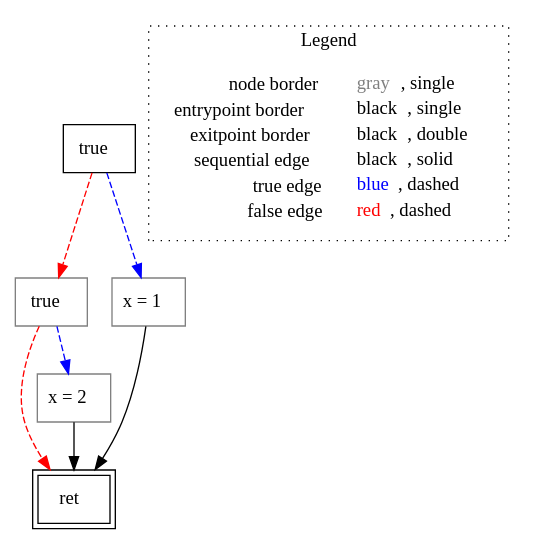
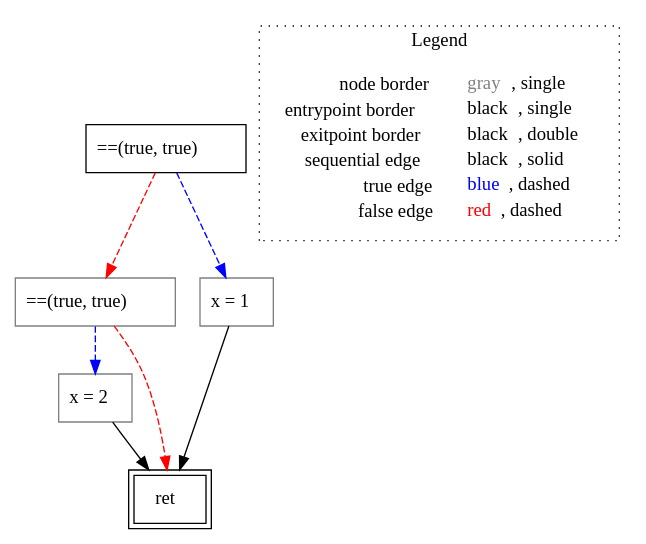
The diagram in rust-lisa/rust-testcases/cfg/if-elseif/untyped_rust-testcases_cfg_if-elseif_if-elseif.rs.main().dot (VincenzoArceri/rust-lisa), drawn with Graphviz before and after one commit. The commit also changed 5 other files, not shown here.

```diff
--- a/rust-lisa/rust-testcases/cfg/if-elseif/untyped_rust-testcases_cfg_if-elseif_if-elseif.rs.main().dot
+++ b/rust-lisa/rust-testcases/cfg/if-elseif/untyped_rust-testcases_cfg_if-elseif_if-elseif.rs.main().dot
@@ -1,20 +1,20 @@
 digraph {
-	"node0" [shape="rect",color="black",label=<true>];
-	"node1" [shape="rect",color="gray",label=<true>];
-	"node2" [shape="rect",color="gray",label=<x = 1>];
+	"node0" [shape="rect",color="black",label=<==(true, true)>];
+	"node1" [shape="rect",color="gray",label=<==(true, true)>];
+	"node2" [shape="rect",color="gray",label=<x = 2>];
 	"node3" [shape="rect",color="black",peripheries="2",label=<ret>];
-	"node4" [shape="rect",color="gray",label=<x = 2>];
+	"node4" [shape="rect",color="gray",label=<x = 1>];
 	"node1" -> "node3" [color="red",style="dashed"];
-	"node1" -> "node4" [color="blue",style="dashed"];
-	"node0" -> "node1" [color="red",style="dashed"];
-	"node0" -> "node2" [color="blue",style="dashed"];
+	"node1" -> "node2" [color="blue",style="dashed"];
 	"node2" -> "node3" [color="black"];
 	"node4" -> "node3" [color="black"];
+	"node0" -> "node1" [color="red",style="dashed"];
+	"node0" -> "node4" [color="blue",style="dashed"];
 subgraph cluster_legend {
 	label="Legend";
 	style=dotted;
 	node [shape=plaintext];
 	"legend" [label=<<table border="0" cellpadding="2" cellspacing="0" cellborder="0"><tr><td align="right">node border&nbsp;</td><td align="left"><font color="gray">gray</font>, single</td></tr><tr><td align="right">entrypoint border&nbsp;</td><td align="left"><font color="black">black</font>, single</td></tr><tr><td align="right">exitpoint border&nbsp;</td><td align="left"><font color="black">black</font>, double</td></tr><tr><td align="right">sequential edge&nbsp;</td><td align="left"><font color="black">black</font>, solid</td></tr><tr><td align="right">true edge&nbsp;</td><td align="left"><font color="blue">blue</font>, dashed</td></tr><tr><td align="right">false edge&nbsp;</td><td align="left"><font color="red">red</font>, dashed</td></tr></table>>];
 }
 
 }
```
